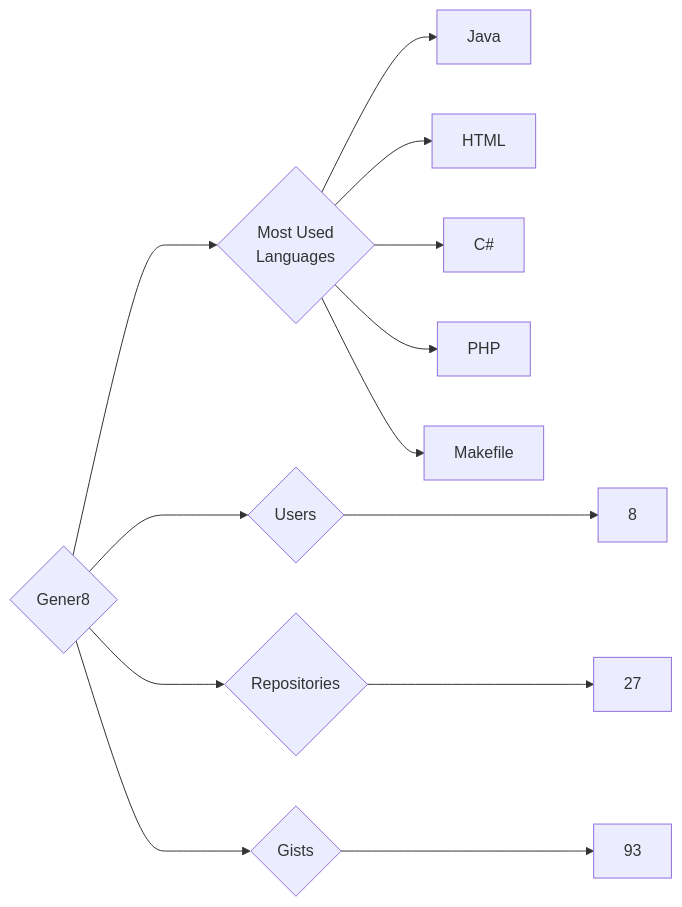
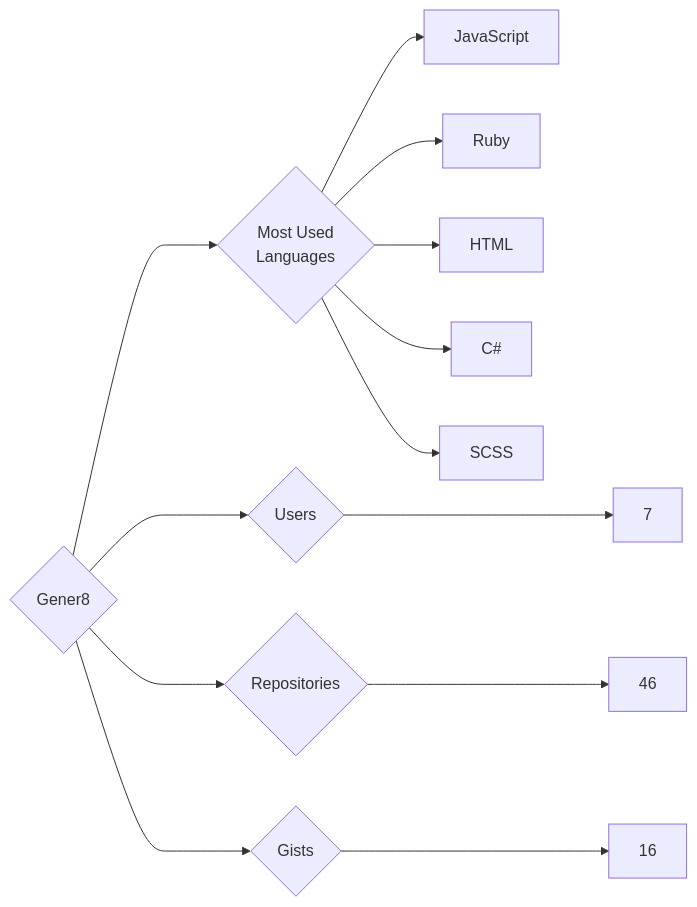
One commit to trickest/insiders changed the diagram in targets/Gener8/README.md. Above: the diagram before and after it, drawn with Mermaid. The commit also changed 748 other files, not shown here.

````diff
--- a/targets/Gener8/README.md
+++ b/targets/Gener8/README.md
@@ -3,13 +3,13 @@
 ```mermaid
 graph LR
 COMPANY_NAME{Gener8}
-COMPANY_NAME ---> U{Users} ---> UN[8]
-COMPANY_NAME ---> R{Repositories} ---> RN[27]
-COMPANY_NAME ---> G{Gists} ---> GN[93]
+COMPANY_NAME ---> U{Users} ---> UN[7]
+COMPANY_NAME ---> R{Repositories} ---> RN[46]
+COMPANY_NAME ---> G{Gists} ---> GN[16]
 COMPANY_NAME ---> ML{Most Used<br>Languages}
-ML --> Java[Java]
+ML --> JavaScript[JavaScript]
+ML --> Ruby[Ruby]
 ML --> HTML[HTML]
 ML --> C#[C#]
-ML --> PHP[PHP]
-ML --> Makefile[Makefile]
+ML --> SCSS[SCSS]
 ```
````
